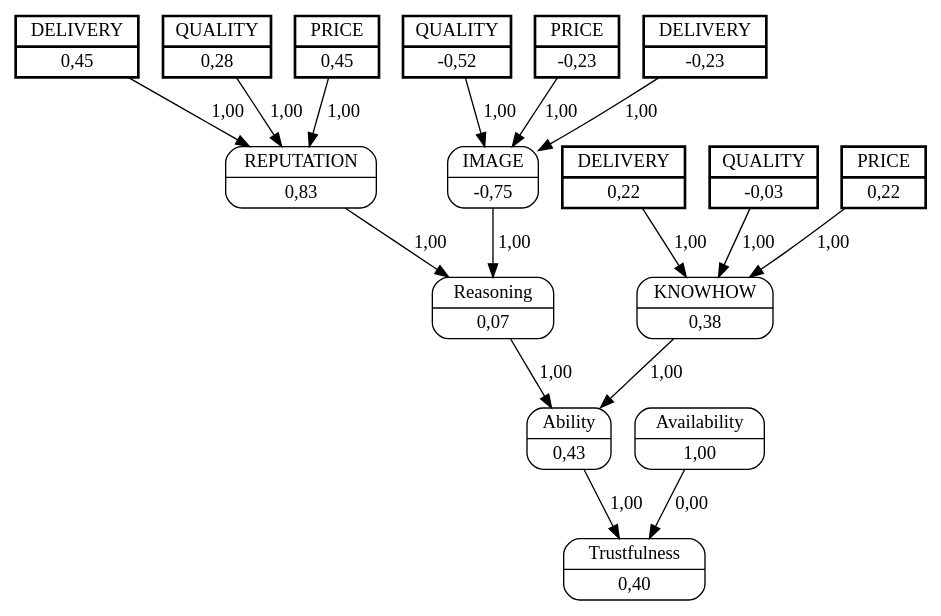
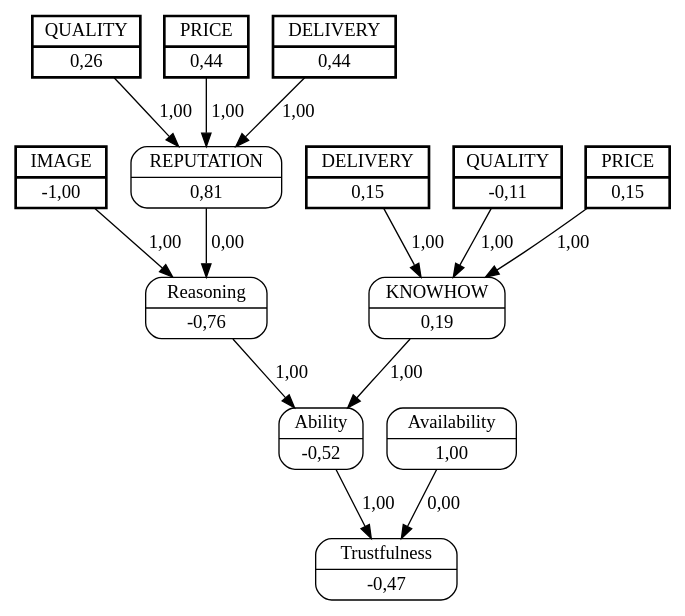
The diagram in unload_boxes/dots/buyerE5sellerB7.dot (jjbaqueta/unload_experiment), drawn with Graphviz before and after one commit. The commit also changed 156 other files, not shown here.

```diff
--- a/unload_boxes/dots/buyerE5sellerB7.dot
+++ b/unload_boxes/dots/buyerE5sellerB7.dot
@@ -1,39 +1,31 @@
 digraph FCM_net{
 	node [shape=record, style=rounded]
-	7 [label="{QUALITY | -0,52}", style=bold, penwidth=2, peripheries=2];
-	8 [label="{PRICE | -0,23}", style=bold, penwidth=2, peripheries=2];
-	9 [label="{DELIVERY | -0,23}", style=bold, penwidth=2, peripheries=2];
-	10 [label="{QUALITY | 0,28}", style=bold, penwidth=2, peripheries=2];
-	11 [label="{PRICE | 0,45}", style=bold, penwidth=2, peripheries=2];
-	12 [label="{DELIVERY | 0,45}", style=bold, penwidth=2, peripheries=2];
-	13 [label="{QUALITY | -0,03}", style=bold, penwidth=2, peripheries=2];
-	14 [label="{PRICE | 0,22}", style=bold, penwidth=2, peripheries=2];
-	15 [label="{DELIVERY | 0,22}", style=bold, penwidth=2, peripheries=2];
-	0 [label="{IMAGE | -0,75}"];
-	1 [label="{REPUTATION | 0,83}"];
-	2 [label="{KNOWHOW | 0,38}"];
-	3 [label="{Reasoning | 0,07}"];
-	4 [label="{Ability | 0,43}"];
+	0 [label="{IMAGE | -1,00}", style=bold, penwidth=2, peripheries=2];
+	7 [label="{QUALITY | 0,26}", style=bold, penwidth=2, peripheries=2];
+	8 [label="{PRICE | 0,44}", style=bold, penwidth=2, peripheries=2];
+	9 [label="{DELIVERY | 0,44}", style=bold, penwidth=2, peripheries=2];
+	10 [label="{QUALITY | -0,11}", style=bold, penwidth=2, peripheries=2];
+	11 [label="{PRICE | 0,15}", style=bold, penwidth=2, peripheries=2];
+	12 [label="{DELIVERY | 0,15}", style=bold, penwidth=2, peripheries=2];
+	0 [label="{IMAGE | -1,00}"];
+	1 [label="{REPUTATION | 0,81}"];
+	2 [label="{KNOWHOW | 0,19}"];
+	3 [label="{Reasoning | -0,76}"];
+	4 [label="{Ability | -0,52}"];
 	5 [label="{Availability | 1,00}"];
-	6 [label="{Trustfulness | 0,40}"];
-	7 [label="{QUALITY | -0,52}"];
-	8 [label="{PRICE | -0,23}"];
-	9 [label="{DELIVERY | -0,23}"];
-	11 [label="{PRICE | 0,45}"];
-	13 [label="{QUALITY | -0,03}"];
+	6 [label="{Trustfulness | -0,47}"];
+	8 [label="{PRICE | 0,44}"];
+	10 [label="{QUALITY | -0,11}"];
 	0 -> 3 [label = "1,00"];
-	1 -> 3 [label = "1,00"];
+	1 -> 3 [label = "0,00"];
 	3 -> 4 [label = "1,00"];
 	2 -> 4 [label = "1,00"];
 	4 -> 6 [label = "1,00"];
 	5 -> 6 [label = "0,00"];
-	7 -> 0 [label = "1,00"];
-	8 -> 0 [label = "1,00"];
-	9 -> 0 [label = "1,00"];
-	10 -> 1 [label = "1,00"];
-	11 -> 1 [label = "1,00"];
-	12 -> 1 [label = "1,00"];
-	13 -> 2 [label = "1,00"];
-	14 -> 2 [label = "1,00"];
-	15 -> 2 [label = "1,00"];
+	7 -> 1 [label = "1,00"];
+	8 -> 1 [label = "1,00"];
+	9 -> 1 [label = "1,00"];
+	10 -> 2 [label = "1,00"];
+	11 -> 2 [label = "1,00"];
+	12 -> 2 [label = "1,00"];
 }
```
